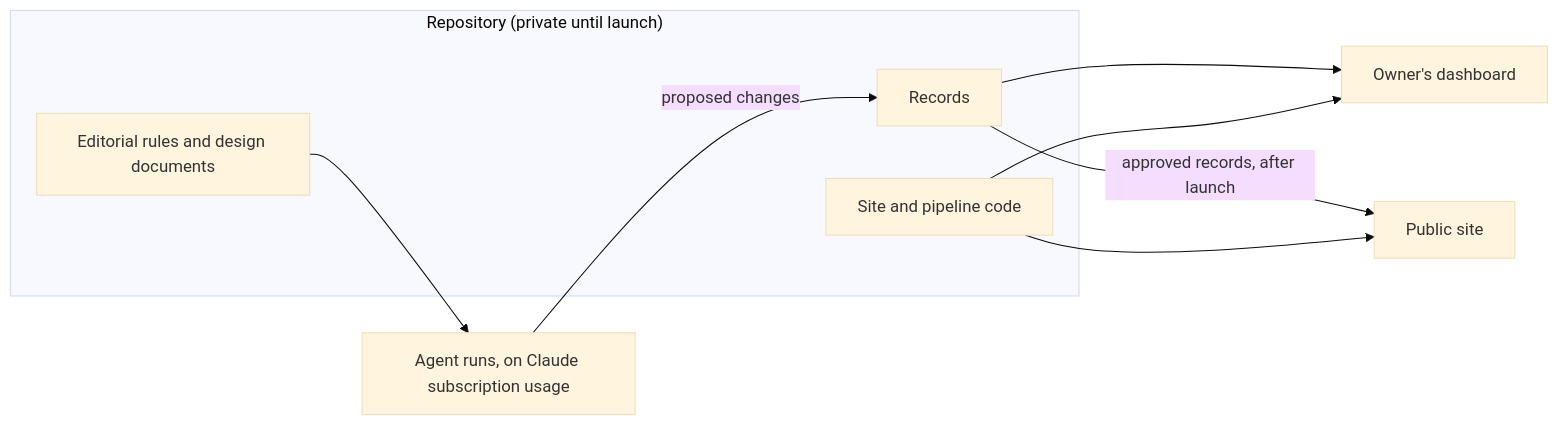
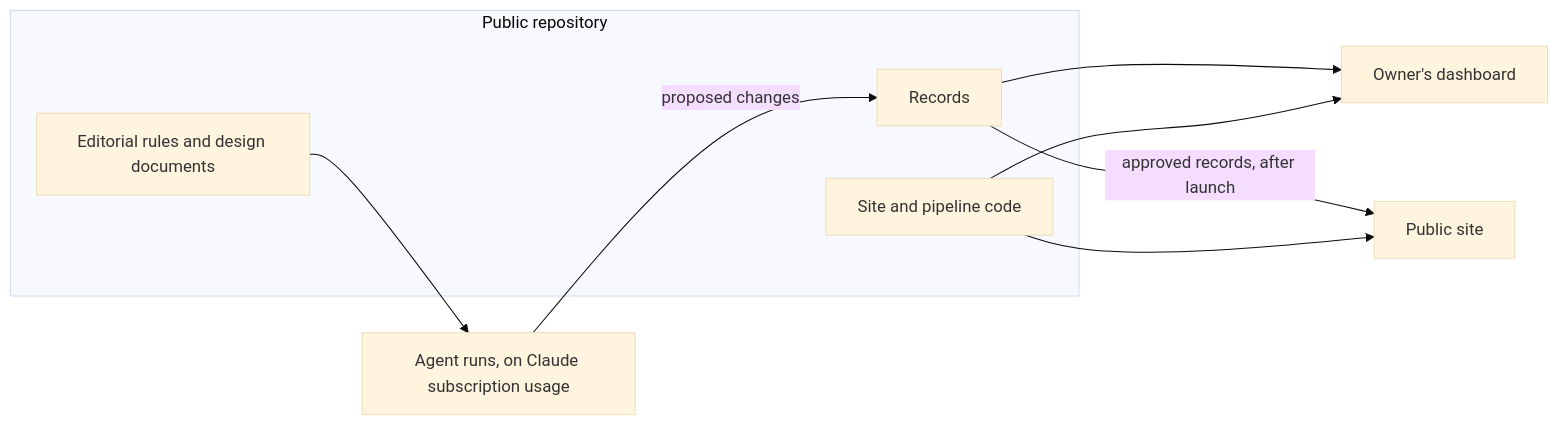
The second of 2 diagrams in docs/high-level-design.md (euglopi/AIScaleDev), drawn with Mermaid (base theme) before and after one commit. The commit also changed other lines of this file and 1 other file, not shown here.

````diff
--- a/docs/high-level-design.md
+++ b/docs/high-level-design.md
@@ -250,14 +263,14 @@
 ```mermaid
 flowchart LR
-    subgraph repo["Repository (private until launch)"]
+    subgraph repo["Public repository"]
         rules[Editorial rules and design documents]
         records[Records]
         code[Site and pipeline code]
     end
     runs["Agent runs, on Claude subscription usage"] -->|"proposed changes"| records
     rules --> runs
     records --> dash[Owner's dashboard]
     records -->|"approved records, after launch"| site[Public site]
     code --> dash
     code --> site
 ```
````
